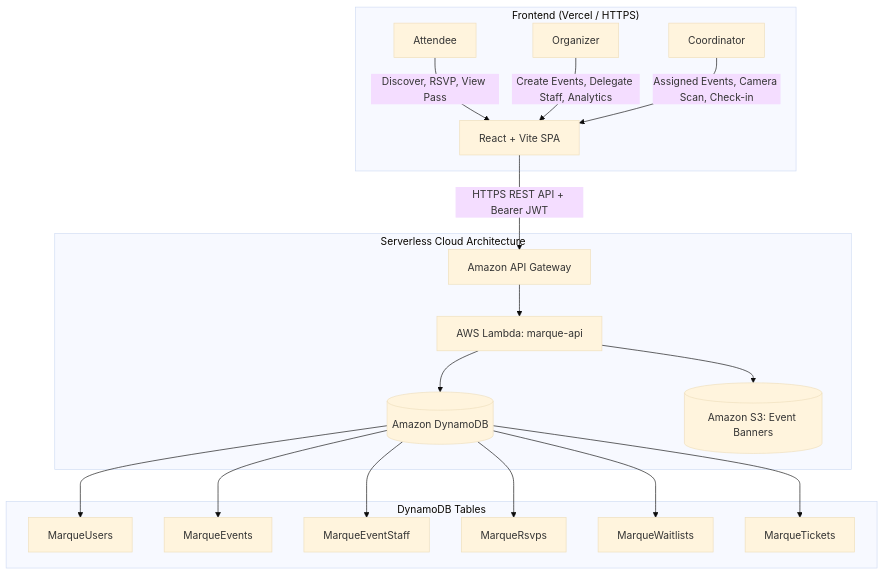
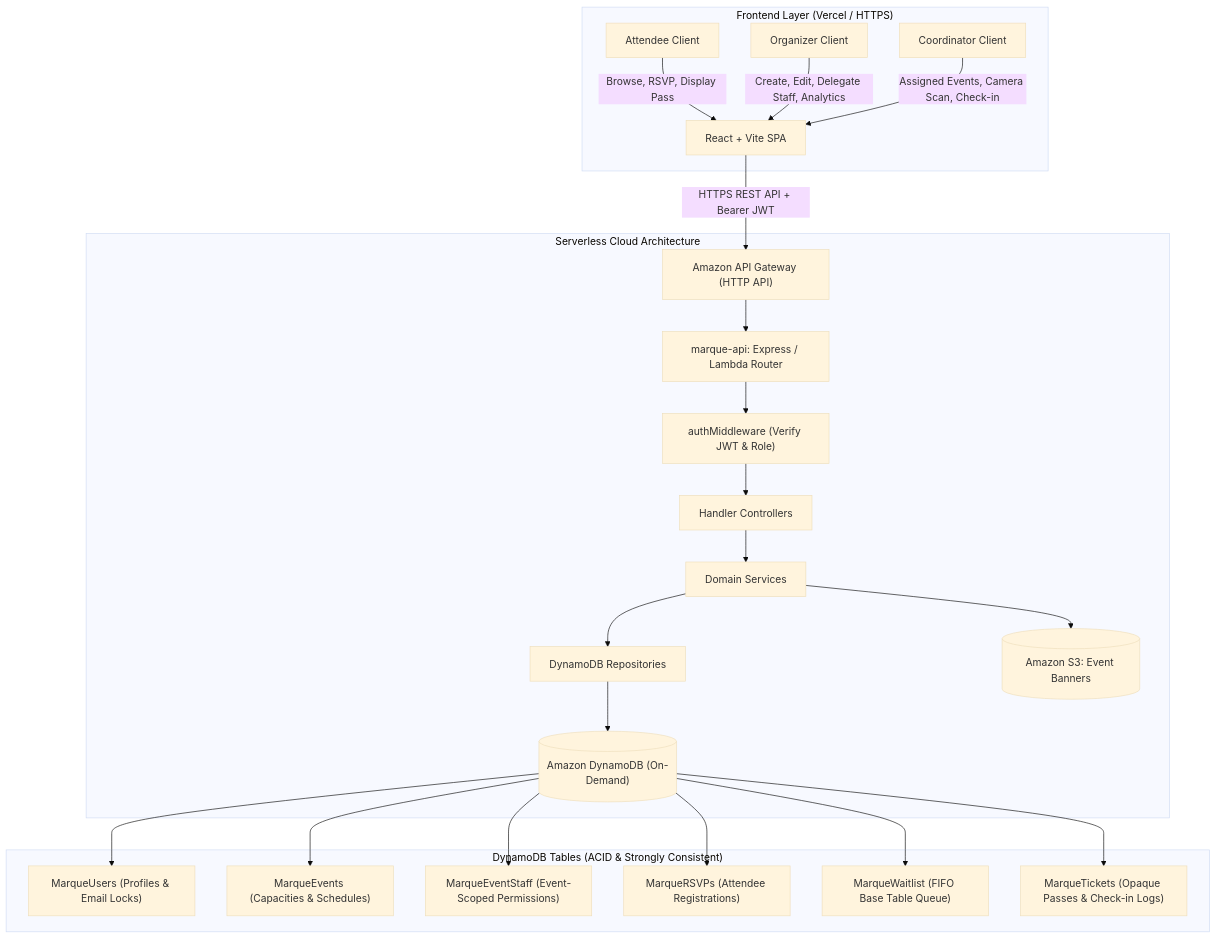
Before and after one commit to Chandrabhanu-Prusty/CCL-Microproject: the first of 4 diagrams in docs/ARCHITECTURE.md, drawn with Mermaid (base theme). The commit also changed other lines of this file and 16 other files, not shown here.

Commit message:
docs: finalize OpenAPI 3.1 spec, Postman guide, backend handoff, and DynamoDB checklist

````diff
--- a/docs/ARCHITECTURE.md
+++ b/docs/ARCHITECTURE.md
@@ -5,25 +5,29 @@
 ```mermaid
 flowchart TD
-    subgraph Clients["Frontend (Vercel / HTTPS)"]
-        A[Attendee] -->|Discover, RSVP, View Pass| FE[React + Vite SPA]
-        O[Organizer] -->|Create Events, Delegate Staff, Analytics| FE
-        C[Coordinator] -->|Assigned Events, Camera Scan, Check-in| FE
+    subgraph Clients["Frontend Layer (Vercel / HTTPS)"]
+        A["Attendee Client"] -->|Browse, RSVP, Display Pass| SPA["React + Vite SPA"]
+        O["Organizer Client"] -->|Create, Edit, Delegate Staff, Analytics| SPA
+        C["Coordinator Client"] -->|Assigned Events, Camera Scan, Check-in| SPA
     end
 
-    FE -->|HTTPS REST API + Bearer JWT| APIGW[Amazon API Gateway]
+    SPA -->|HTTPS REST API + Bearer JWT| APIGW["Amazon API Gateway (HTTP API)"]
 
     subgraph AWS["Serverless Cloud Architecture"]
-        APIGW --> L[AWS Lambda: marque-api]
-        L --> DB[(Amazon DynamoDB)]
-        L --> S3[(Amazon S3: Event Banners)]
+        APIGW --> Router["marque-api: Express / Lambda Router"]
+        Router --> AuthM["authMiddleware (Verify JWT & Role)"]
+        AuthM --> Handlers["Handler Controllers"]
+        Handlers --> Services["Domain Services"]
+        Services --> Repos["DynamoDB Repositories"]
+        Repos --> DDB[("Amazon DynamoDB (On-Demand)")]
+        Services --> S3[("Amazon S3: Event Banners")]
     end
 
-    subgraph Tables["DynamoDB Tables"]
-        DB --> T1[MarqueUsers]
-        DB --> T2[MarqueEvents]
-        DB --> T3[MarqueEventStaff]
-        DB --> T4[MarqueRsvps]
-        DB --> T5[MarqueWaitlists]
-        DB --> T6[MarqueTickets]
+    subgraph Tables["DynamoDB Tables (ACID & Strongly Consistent)"]
+        DDB --> T1["MarqueUsers (Profiles & Email Locks)"]
+        DDB --> T2["MarqueEvents (Capacities & Schedules)"]
+        DDB --> T3["MarqueEventStaff (Event-Scoped Permissions)"]
+        DDB --> T4["MarqueRSVPs (Attendee Registrations)"]
+        DDB --> T5["MarqueWaitlist (FIFO Base Table Queue)"]
+        DDB --> T6["MarqueTickets (Opaque Passes & Check-in Logs)"]
     end
 ```
````
